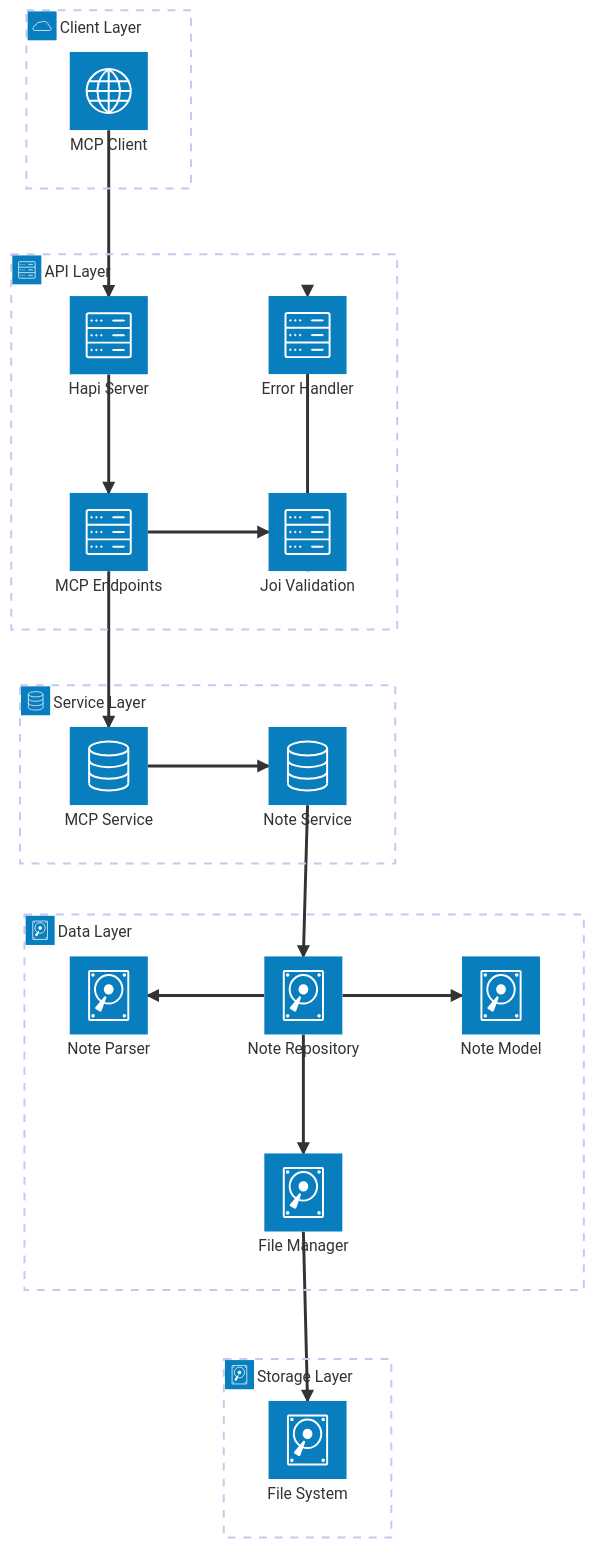
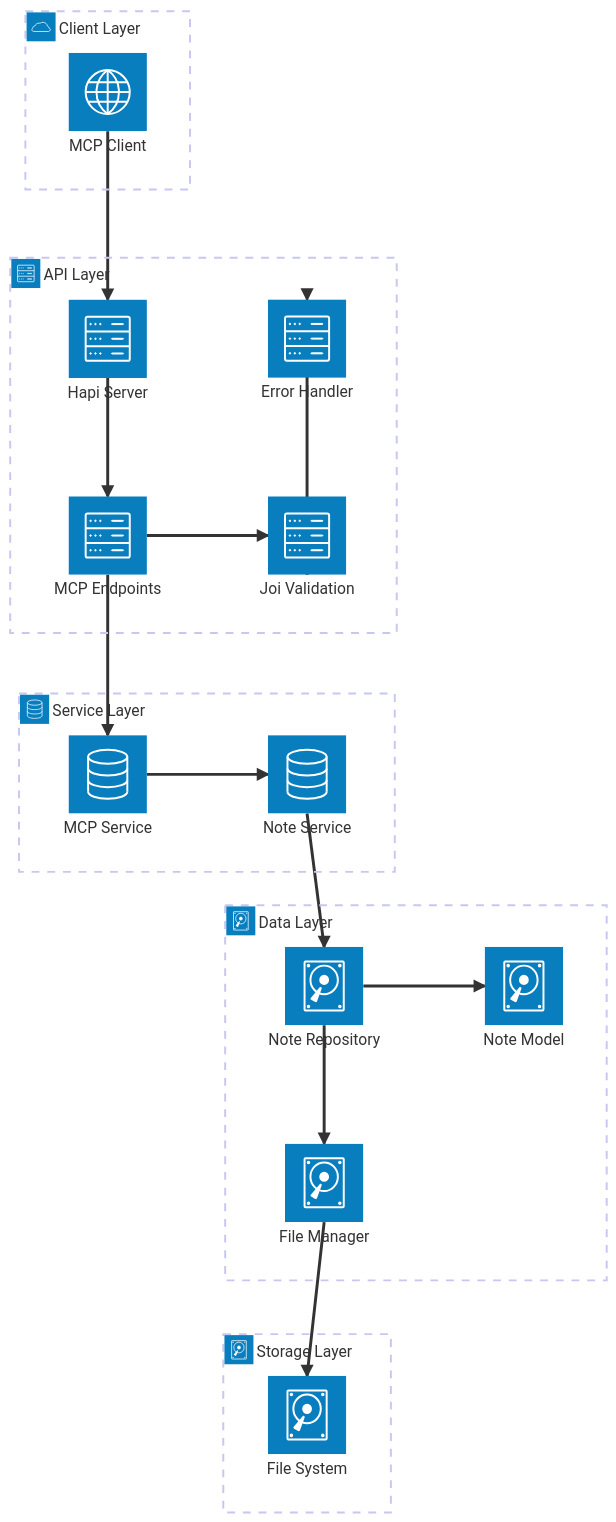
Before and after one commit to DEFRA/node-mcp-server-demo: the diagram in MCP_INTEGRATION_GUIDE.md, drawn with Mermaid. The commit also changed other lines of this file and 2 other files, not shown here.

````diff
--- a/MCP_INTEGRATION_GUIDE.md
+++ b/MCP_INTEGRATION_GUIDE.md
@@ -518,40 +383,38 @@
 ```mermaid
 architecture-beta
     group client_layer(cloud)[Client Layer]
     group api_layer(server)[API Layer]
     group service_layer(database)[Service Layer]
     group data_layer(disk)[Data Layer]
     group storage_layer(disk)[Storage Layer]
 
     service mcp_client(internet)[MCP Client] in client_layer
     
     service hapi_server(server)[Hapi Server] in api_layer
     service mcp_endpoints(server)[MCP Endpoints] in api_layer
     service validation(server)[Joi Validation] in api_layer
     service error_handler(server)[Error Handler] in api_layer
     
     service mcp_service(database)[MCP Service] in service_layer
     service note_service(database)[Note Service] in service_layer
     
     service note_repository(disk)[Note Repository] in data_layer
     service note_model(disk)[Note Model] in data_layer
-    service note_parser(disk)[Note Parser] in data_layer
     service file_manager(disk)[File Manager] in data_layer
     
     service file_system(disk)[File System] in storage_layer
 
     mcp_client:B --> T:hapi_server
     hapi_server:B --> T:mcp_endpoints
     mcp_endpoints:R --> L:validation
     mcp_endpoints:B --> T:mcp_service
     validation:B --> T:error_handler
     
     mcp_service:R --> L:note_service
     note_service:B --> T:note_repository
     
     note_repository:R --> L:note_model
-    note_repository:L --> R:note_parser
     note_repository:B --> T:file_manager
     
     file_manager:B --> T:file_system
 ```
````
